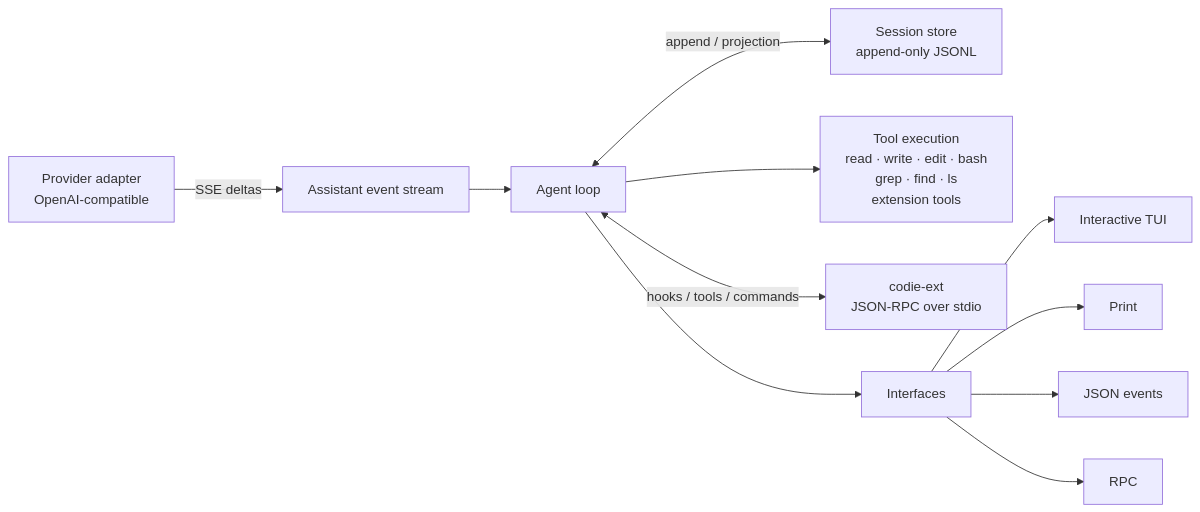
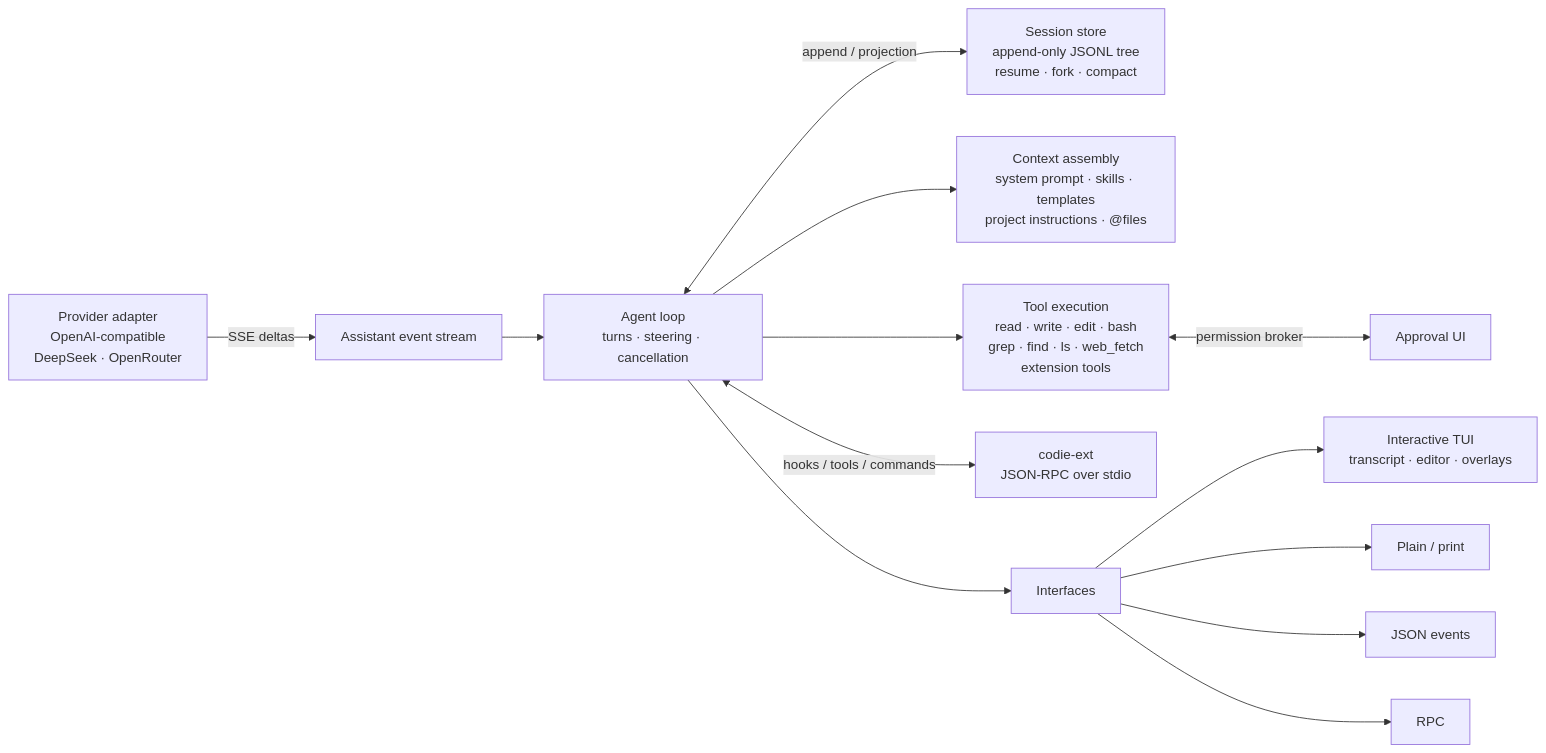
The first of 2 diagrams in README.md (amardeepio/codie), drawn with Mermaid before and after one commit. The commit also changed other lines of this file and 25 other files, not shown here.

````diff
--- a/README.md
+++ b/README.md
@@ -61,13 +63,15 @@
 ```mermaid
 flowchart LR
-    P["Provider adapter<br/>OpenAI-compatible"] -->|"SSE deltas"| S["Assistant event stream"]
-    S --> L["Agent loop"]
-    L <-->|"append / projection"| DB["Session store<br/>append-only JSONL"]
-    L --> T["Tool execution<br/>read · write · edit · bash<br/>grep · find · ls<br/>extension tools"]
+    P["Provider adapter<br/>OpenAI-compatible<br/>DeepSeek · OpenRouter"] -->|"SSE deltas"| S["Assistant event stream"]
+    S --> L["Agent loop<br/>turns · steering · cancellation"]
+    L <-->|"append / projection"| DB["Session store<br/>append-only JSONL tree<br/>resume · fork · compact"]
+    L --> PM["Context assembly<br/>system prompt · skills · templates<br/>project instructions · @files"]
+    L --> T["Tool execution<br/>read · write · edit · bash<br/>grep · find · ls · web_fetch<br/>extension tools"]
+    T <-->|"permission broker"| A["Approval UI"]
     L <-->|"hooks / tools / commands"| X["codie-ext<br/>JSON-RPC over stdio"]
     L --> M["Interfaces"]
-    M --> I["Interactive TUI"]
-    M --> P1["Print"]
+    M --> I["Interactive TUI<br/>transcript · editor · overlays"]
+    M --> PL["Plain / print"]
     M --> J["JSON events"]
     M --> R["RPC"]
 ```
````
